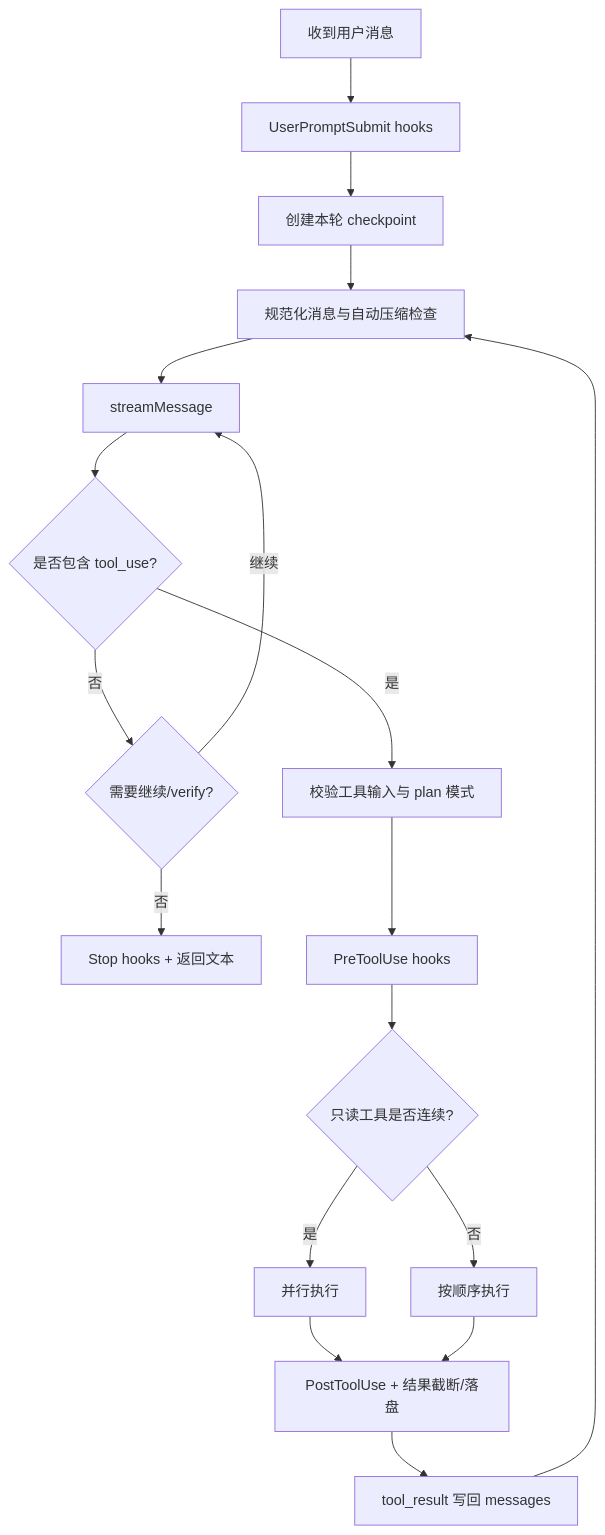
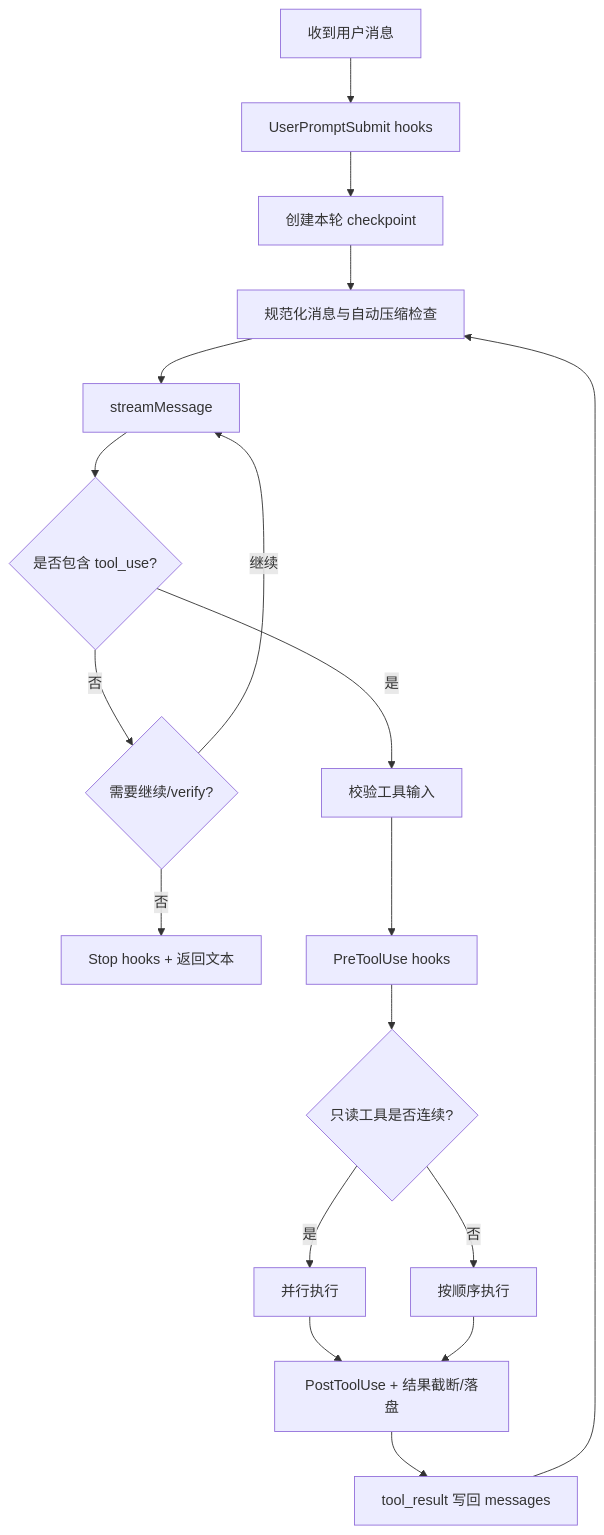
One commit to yanzaocheng/copy-claude-code changed the third of 3 diagrams in ARCHITECTURE.md. Above: the diagram before and after it, drawn with Mermaid. The commit also changed other lines of this file and 27 other files, not shown here.

````diff
--- a/ARCHITECTURE.md
+++ b/ARCHITECTURE.md
@@ -413,20 +412,20 @@
 ```mermaid
 flowchart TD
     A[收到用户消息] --> B[UserPromptSubmit hooks]
     B --> C[创建本轮 checkpoint]
     C --> D[规范化消息与自动压缩检查]
     D --> E[streamMessage]
     E --> F{是否包含 tool_use?}
     F -- 否 --> G{需要继续/verify?}
     G -- 继续 --> E
     G -- 否 --> H[Stop hooks + 返回文本]
-    F -- 是 --> I[校验工具输入与 plan 模式]
+    F -- 是 --> I[校验工具输入]
     I --> J[PreToolUse hooks]
     J --> K{只读工具是否连续?}
     K -- 是 --> L[并行执行]
     K -- 否 --> M[按顺序执行]
     L --> N[PostToolUse + 结果截断/落盘]
     M --> N
     N --> O[tool_result 写回 messages]
     O --> D
 ```
````
